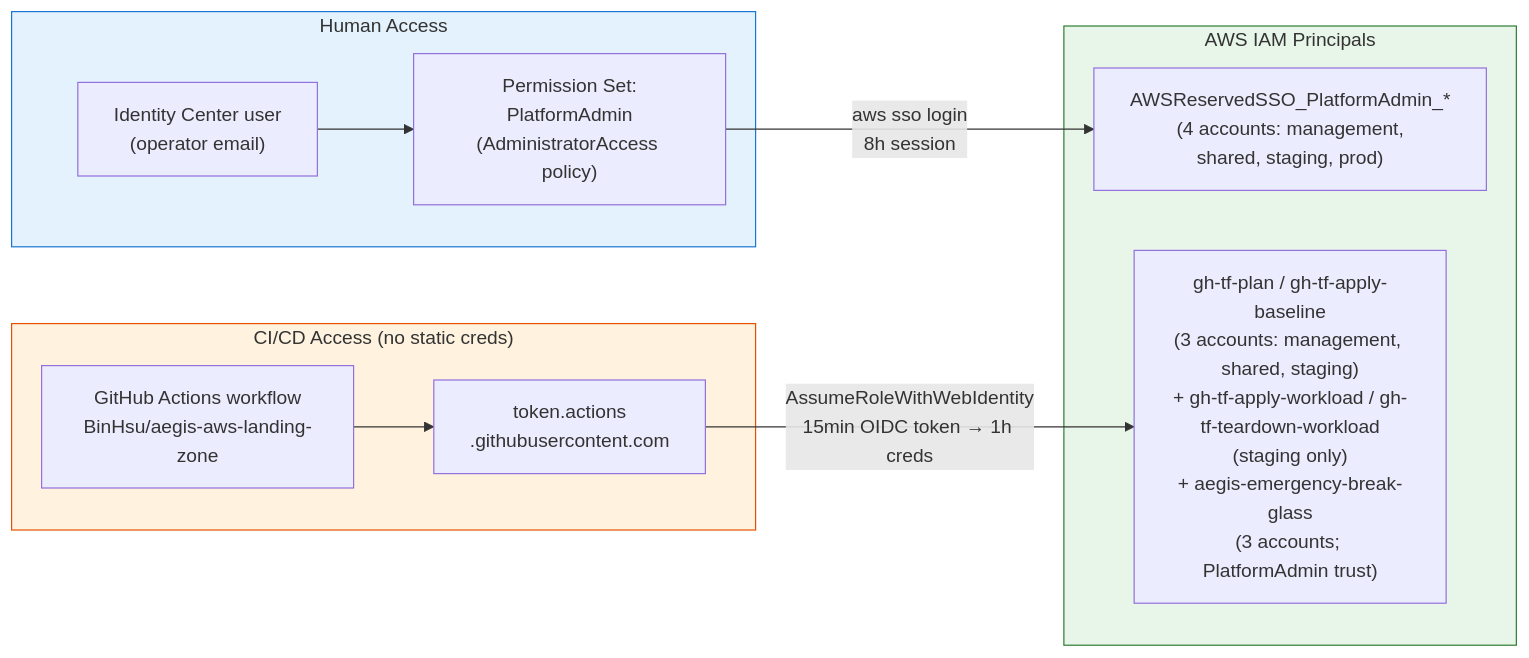
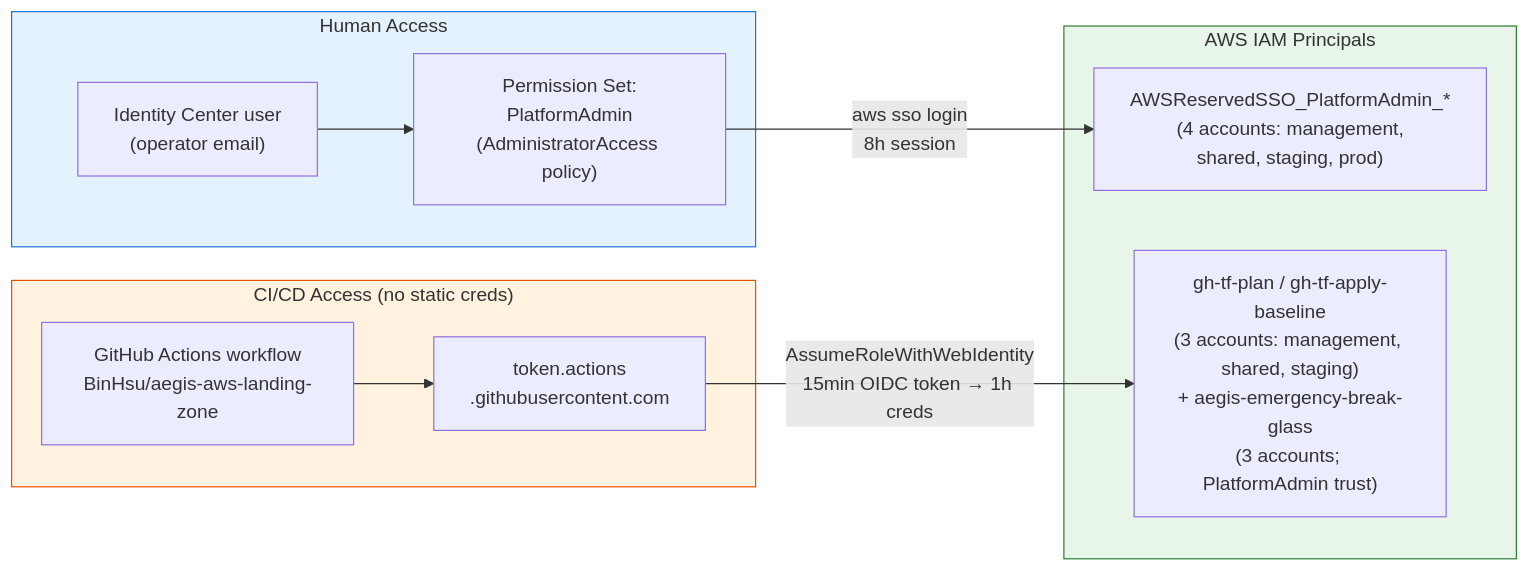
One commit to BinHsu/aegis-aws-landing-zone changed the third of 5 diagrams in docs/architecture.md. Above: the diagram before and after it, drawn with Mermaid. The commit also changed other lines of this file and 220 other files, not shown here.

````diff
--- a/docs/architecture.md
+++ b/docs/architecture.md
@@ -95,26 +101,26 @@
 ```mermaid
 flowchart LR
   subgraph Human["Human Access"]
     bin["Identity Center user<br/>(operator email)"]
     ps["Permission Set:<br/>PlatformAdmin<br/>(AdministratorAccess policy)"]
   end
 
   subgraph CI["CI/CD Access (no static creds)"]
     gha["GitHub Actions workflow<br/>BinHsu/aegis-aws-landing-zone"]
     oidc["token.actions<br/>.githubusercontent.com"]
   end
 
   subgraph AWS["AWS IAM Principals"]
     sso_roles["AWSReservedSSO_PlatformAdmin_*<br/>(4 accounts: management,<br/>shared, staging, prod)"]
-    ci_roles["gh-tf-plan / gh-tf-apply-baseline<br/>(3 accounts: management, shared, staging)<br/>+ gh-tf-apply-workload / gh-tf-teardown-workload<br/>(staging only)<br/>+ aegis-emergency-break-glass<br/>(3 accounts; PlatformAdmin trust)"]
+    ci_roles["gh-tf-plan / gh-tf-apply-baseline<br/>(3 accounts: management, shared, staging)<br/>+ aegis-emergency-break-glass<br/>(3 accounts; PlatformAdmin trust)"]
   end
 
   bin --> ps
   ps -->|aws sso login<br/>8h session| sso_roles
   gha --> oidc
   oidc -->|AssumeRoleWithWebIdentity<br/>15min OIDC token → 1h creds| ci_roles
 
   style Human fill:#e3f2fd,stroke:#1976d2
   style CI fill:#fff3e0,stroke:#e65100
   style AWS fill:#e8f5e9,stroke:#2e7d32
 ```
````
